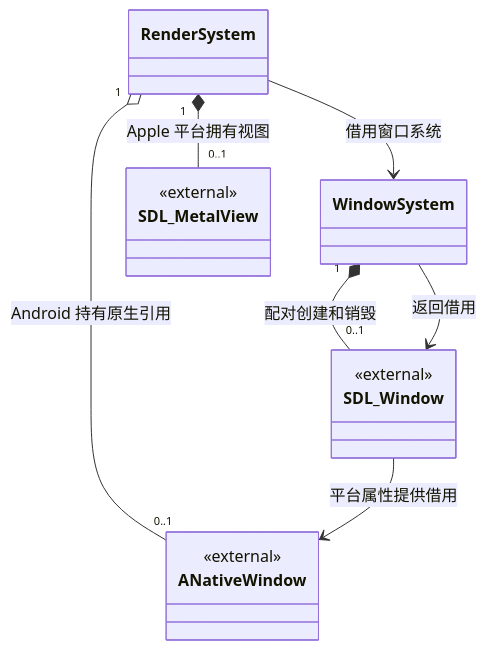
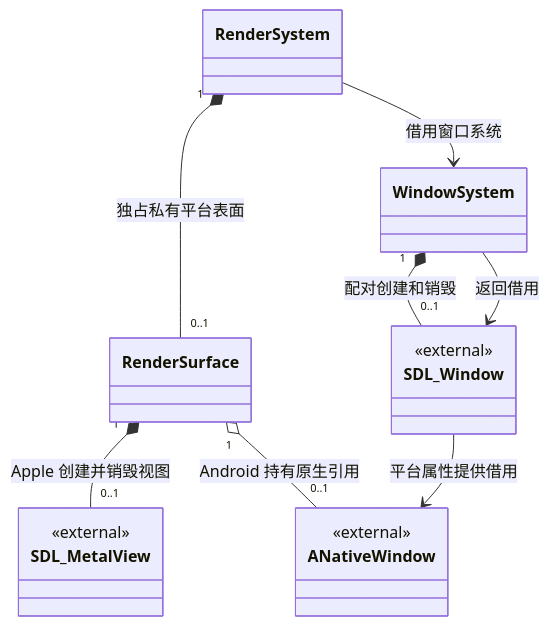
Before and after one commit to lcals/Engine: diagram 23 of 35 in docs/class-diagrams/references.md, drawn with Mermaid. The commit also changed other lines of this file and 222 other files, not shown here.

Commit message:
Consolidate editor asset imports and align architecture documentation

````diff
--- a/docs/class-diagrams/references.md
+++ b/docs/class-diagrams/references.md
@@ -727,21 +727,23 @@
 ```mermaid
 classDiagram
     direction TB
     class WindowSystem
     class RenderSystem
     class SDL_Window {
         <<external>>
     }
     class SDL_MetalView {
         <<external>>
     }
     class ANativeWindow {
         <<external>>
     }
     WindowSystem "1" *-- "0..1" SDL_Window : 配对创建和销毁
     WindowSystem --> SDL_Window : 返回借用
-    RenderSystem "1" *-- "0..1" SDL_MetalView : Apple 平台拥有视图
-    RenderSystem "1" o-- "0..1" ANativeWindow : Android 持有原生引用
+    class RenderSurface
+    RenderSystem "1" *-- "0..1" RenderSurface : 独占私有平台表面
+    RenderSurface "1" *-- "0..1" SDL_MetalView : Apple 创建并销毁视图
+    RenderSurface "1" o-- "0..1" ANativeWindow : Android 持有原生引用
     RenderSystem --> WindowSystem : 借用窗口系统
     SDL_Window --> ANativeWindow : 平台属性提供借用
 ```
````
